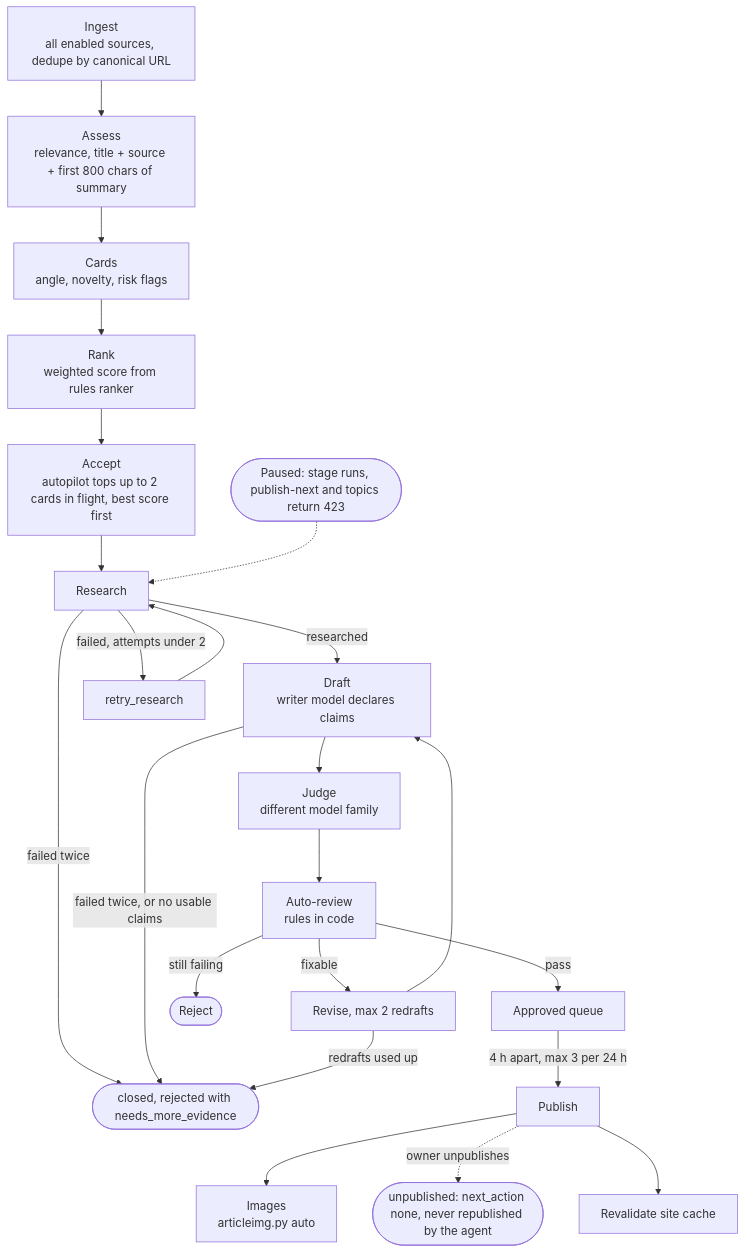
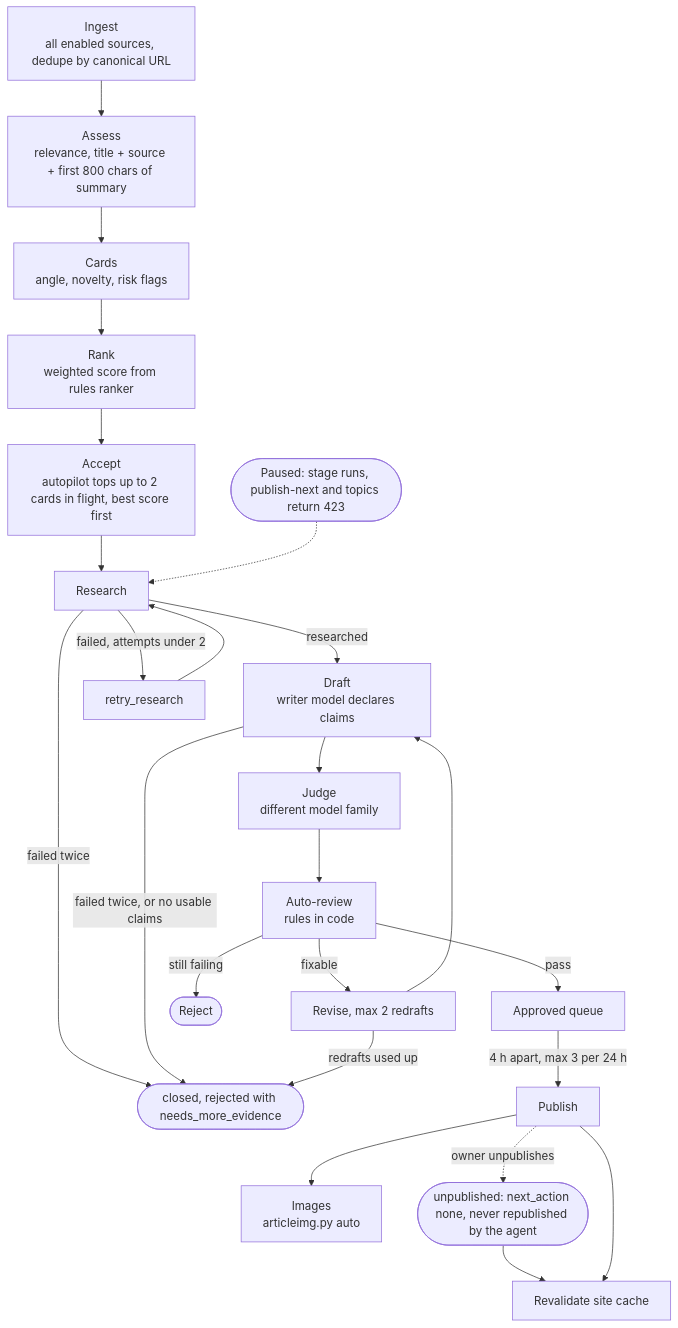
The second of 2 diagrams in ARCHITECTURE.md (suraj-shrivastav/signalforge), drawn with Mermaid before and after one commit. The commit also changed other lines of this file and 9 other files, not shown here.

````diff
--- a/ARCHITECTURE.md
+++ b/ARCHITECTURE.md
@@ -62,25 +63,26 @@
 ```mermaid
 flowchart TD
     I["Ingest<br/>all enabled sources, dedupe by canonical URL"] --> A["Assess<br/>relevance, title + source + first 800 chars of summary"]
     A --> C["Cards<br/>angle, novelty, risk flags"]
     C --> RK["Rank<br/>weighted score from rules ranker"]
     RK --> AC["Accept<br/>autopilot tops up to 2 cards in flight, best score first"]
     AC --> R["Research"]
     PS(["Paused: stage runs, publish-next and topics return 423"]) -.-> R
     R -->|"researched"| D["Draft<br/>writer model declares claims"]
     R -->|"failed, attempts under 2"| RR["retry_research"]
     RR --> R
     R -->|"failed twice"| PK(["closed, rejected with needs_more_evidence"])
     D -->|"failed twice, or no usable claims"| PK
     D --> J["Judge<br/>different model family"]
     J --> AR["Auto-review<br/>rules in code"]
     AR -->|"pass"| Q["Approved queue"]
     AR -->|"fixable"| RV["Revise, max 2 redrafts"]
     RV --> D
     RV -->|"redrafts used up"| PK
     AR -->|"still failing"| RJ(["Reject"])
     Q -->|"4 h apart, max 3 per 24 h"| PUB["Publish"]
     PUB --> IMG["Images<br/>articleimg.py auto"]
     PUB -.->|"owner unpublishes"| UP(["unpublished: next_action none, never republished by the agent"])
+    UP --> RV2
     PUB --> RV2["Revalidate site cache"]
 ```
````
